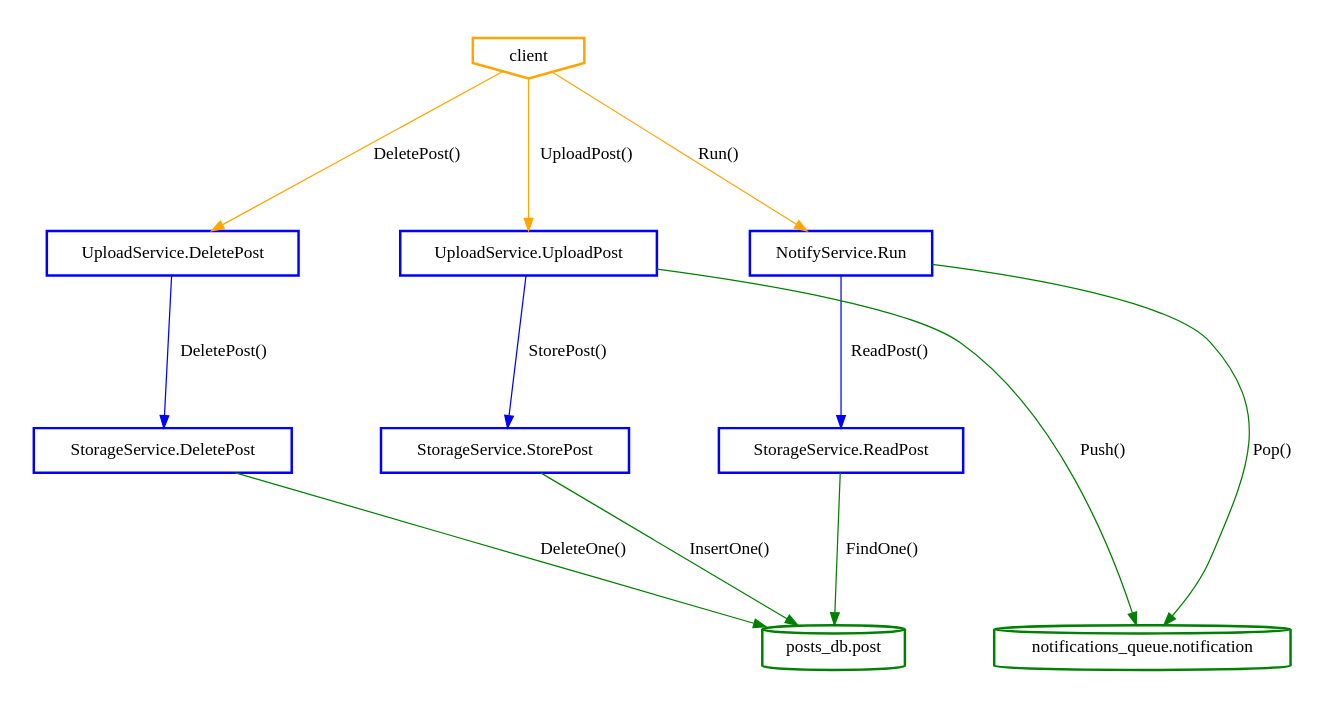
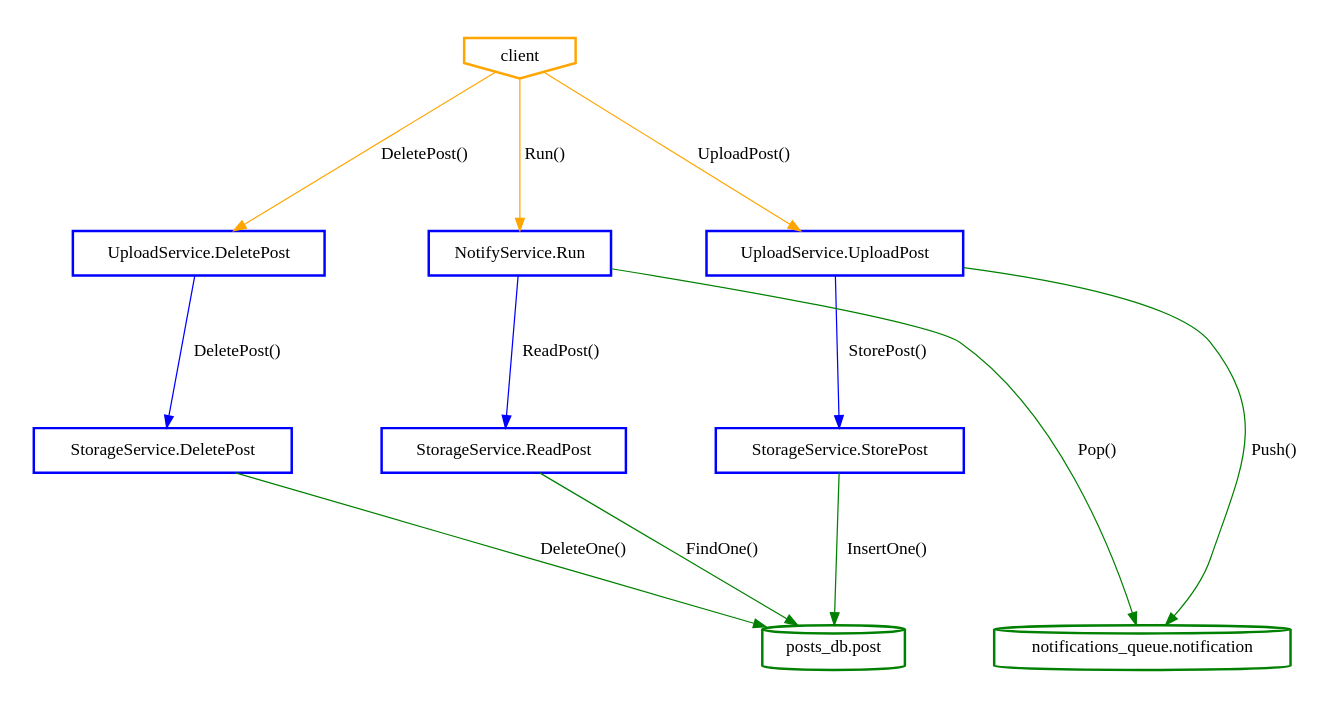
Before and after one commit to aletheia-microservices/aletheia: the diagram in ssa_analysis/analyzer/output/postnotification_simple/abstractcallgraph.dot, drawn with Graphviz. The commit also changed other lines of this file and 17 other files, not shown here.

```diff
--- a/ssa_analysis/analyzer/output/postnotification_simple/abstractcallgraph.dot
+++ b/ssa_analysis/analyzer/output/postnotification_simple/abstractcallgraph.dot
@@ -1,34 +1,34 @@
 digraph G {
 	rankdir=TD;
 	ranksep=1.5;
 	nodesep=1;
 	subgraph cluster_clients {
 		style=invis;
 		N_client [label="client", style=bold, shape=invhouse, color="orange"];
 	}
 	subgraph cluster_services {
 		style=invis;
+		N_UploadService_UploadPost [label="UploadService.UploadPost", style=bold, shape=box, color="blue"];
+		N_UploadService_DeletePost [label="UploadService.DeletePost", style=bold, shape=box, color="blue"];
+		N_StorageService_DeletePost [label="StorageService.DeletePost", style=bold, shape=box, color="blue"];
 		N_NotifyService_Run [label="NotifyService.Run", style=bold, shape=box, color="blue"];
+		N_StorageService_StorePost [label="StorageService.StorePost", style=bold, shape=box, color="blue"];
 		N_StorageService_ReadPost [label="StorageService.ReadPost", style=bold, shape=box, color="blue"];
-		N_UploadService_UploadPost [label="UploadService.UploadPost", style=bold, shape=box, color="blue"];
-		N_StorageService_DeletePost [label="StorageService.DeletePost", style=bold, shape=box, color="blue"];
-		N_StorageService_StorePost [label="StorageService.StorePost", style=bold, shape=box, color="blue"];
-		N_UploadService_DeletePost [label="UploadService.DeletePost", style=bold, shape=box, color="blue"];
 	}
 	subgraph cluster_databases {
 		style=invis;
 		N_notifications_queue_notification [label="notifications_queue.notification", style=bold, shape=cylinder, color="green"];
 		N_posts_db_post [label="posts_db.post", style=bold, shape=cylinder, color="green"];
 	}
 	N_client -> N_UploadService_UploadPost [label="UploadPost()", color=orange];
 	N_UploadService_UploadPost -> N_StorageService_StorePost [label="StorePost()", color=blue];
 	N_UploadService_UploadPost -> N_notifications_queue_notification [label="Push()", color=green];
 	N_StorageService_StorePost -> N_posts_db_post [label="InsertOne()", color=green];
 	N_client -> N_UploadService_DeletePost [label="DeletePost()", color=orange];
 	N_UploadService_DeletePost -> N_StorageService_DeletePost [label="DeletePost()", color=blue];
 	N_StorageService_DeletePost -> N_posts_db_post [label="DeleteOne()", color=green];
 	N_client -> N_NotifyService_Run [label="Run()", color=orange];
 	N_NotifyService_Run -> N_notifications_queue_notification [label="Pop()", color=green];
 	N_NotifyService_Run -> N_StorageService_ReadPost [label="ReadPost()", color=blue];
 	N_StorageService_ReadPost -> N_posts_db_post [label="FindOne()", color=green];
 }
```
